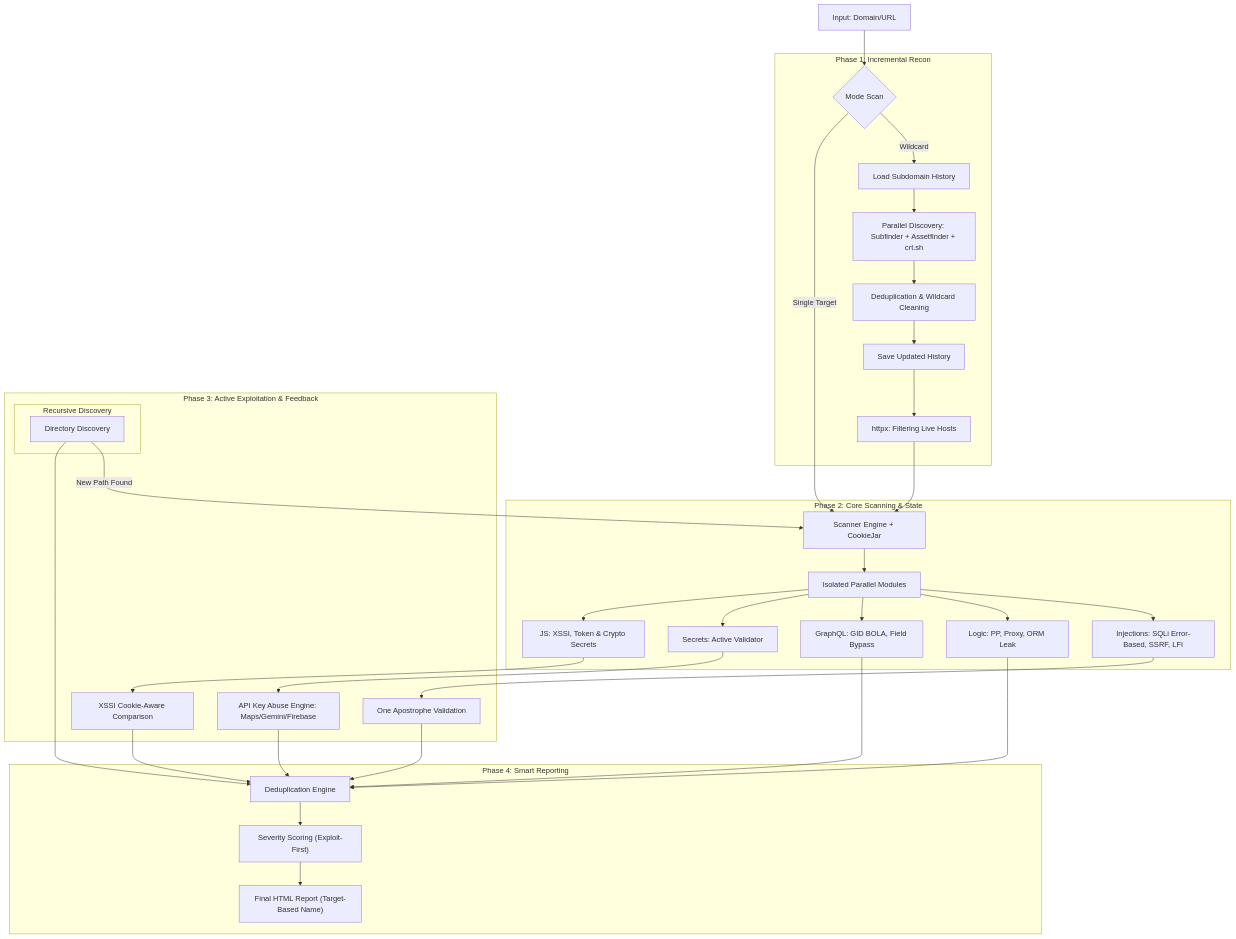
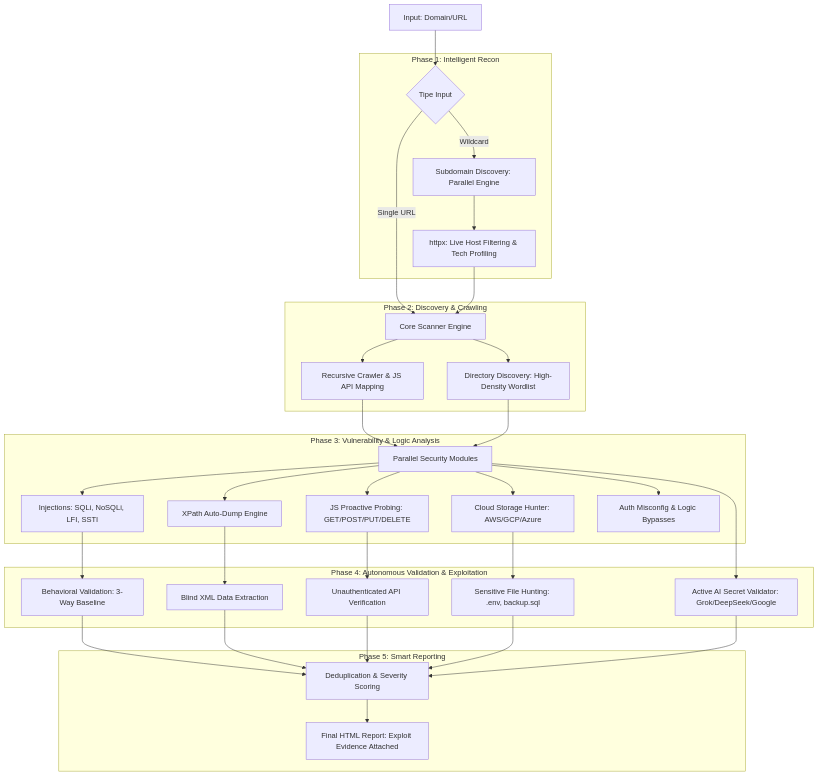
Before and after one commit to areksaxyz/bhyakugan: the diagram in README.md, drawn with Mermaid. The commit also changed other lines of this file and 19 other files, not shown here.

First line of the commit message:
feat: upgrade to v4.0 - Autonomous Exploitation & Multi-Cloud Hunter

````diff
--- a/README.md
+++ b/README.md
@@ -97,40 +79,38 @@
 ```mermaid
 graph TD
-    A[Input: Domain/URL] --> B{Mode Scan}
+    A[Input: Domain/URL] --> B{Tipe Input}
     
-    subgraph "Phase 1: Incremental Recon"
-    B -->|Wildcard| C[Load Subdomain History]
-    C --> D[Parallel Discovery: Subfinder + Assetfinder + crt.sh]
-    D --> E[Deduplication & Wildcard Cleaning]
-    E --> F[Save Updated History]
-    F --> G[httpx: Filtering Live Hosts]
+    subgraph "Phase 1: Intelligent Recon"
+    B -->|Wildcard| C[Subdomain Discovery: Parallel Engine]
+    C --> D[httpx: Live Host Filtering & Tech Profiling]
     end
     
-    subgraph "Phase 2: Core Scanning & State"
-    B -->|Single Target| H[Scanner Engine + CookieJar]
-    G --> H
-    H --> I[Isolated Parallel Modules]
-    
-    I --> I1[Injections: SQLi Error-Based, SSRF, LFI]
-    I --> I2[Logic: PP, Proxy, ORM Leak]
-    I --> I3[GraphQL: GID BOLA, Field Bypass]
-    I --> I4[Secrets: Active Validator]
-    I --> I5[JS: XSSI, Token & Crypto Secrets]
+    subgraph "Phase 2: Discovery & Crawling"
+    B -->|Single URL| E[Core Scanner Engine]
+    D --> E
+    E --> F[Recursive Crawler & JS API Mapping]
+    E --> G[Directory Discovery: High-Density Wordlist]
     end
 
-    subgraph "Phase 3: Active Exploitation & Feedback"
-    I4 --> E1[API Key Abuse Engine: Maps/Gemini/Firebase]
-    I1 --> E2[One Apostrophe Validation]
-    I5 --> E3[XSSI Cookie-Aware Comparison]
-    
-    subgraph "Recursive Discovery"
-    D1[Directory Discovery] -->|New Path Found| H
+    subgraph "Phase 3: Vulnerability & Logic Analysis"
+    F & G --> H[Parallel Security Modules]
+    H --> H1[Injections: SQLi, NoSQLi, LFI, SSTI]
+    H --> H2[XPath Auto-Dump Engine]
+    H --> H3[JS Proactive Probing: GET/POST/PUT/DELETE]
+    H --> H4[Cloud Storage Hunter: AWS/GCP/Azure]
+    H --> H5[Auth Misconfig & Logic Bypasses]
     end
+
+    subgraph "Phase 4: Autonomous Validation & Exploitation"
+    H1 --> V1[Behavioral Validation: 3-Way Baseline]
+    H2 --> V2[Blind XML Data Extraction]
+    H3 --> V3[Unauthenticated API Verification]
+    H4 --> V4[Sensitive File Hunting: .env, backup.sql]
+    H --> V5[Active AI Secret Validator: Grok/DeepSeek/Google]
     end
     
-    subgraph "Phase 4: Smart Reporting"
-    E1 & E2 & E3 & I2 & I3 & D1 --> J["Deduplication Engine"]
-    J --> K["Severity Scoring (Exploit-First)"]
-    K --> L["Final HTML Report (Target-Based Name)"]
+    subgraph "Phase 5: Smart Reporting"
+    V1 & V2 & V3 & V4 & V5 --> I[Deduplication & Severity Scoring]
+    I --> J[Final HTML Report: Exploit Evidence Attached]
     end
 ```
````
